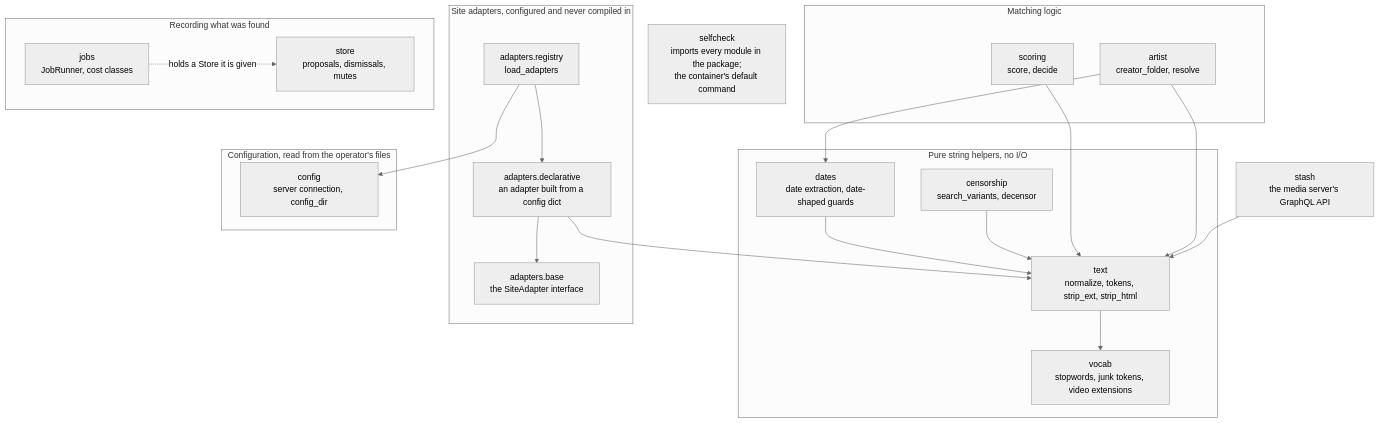
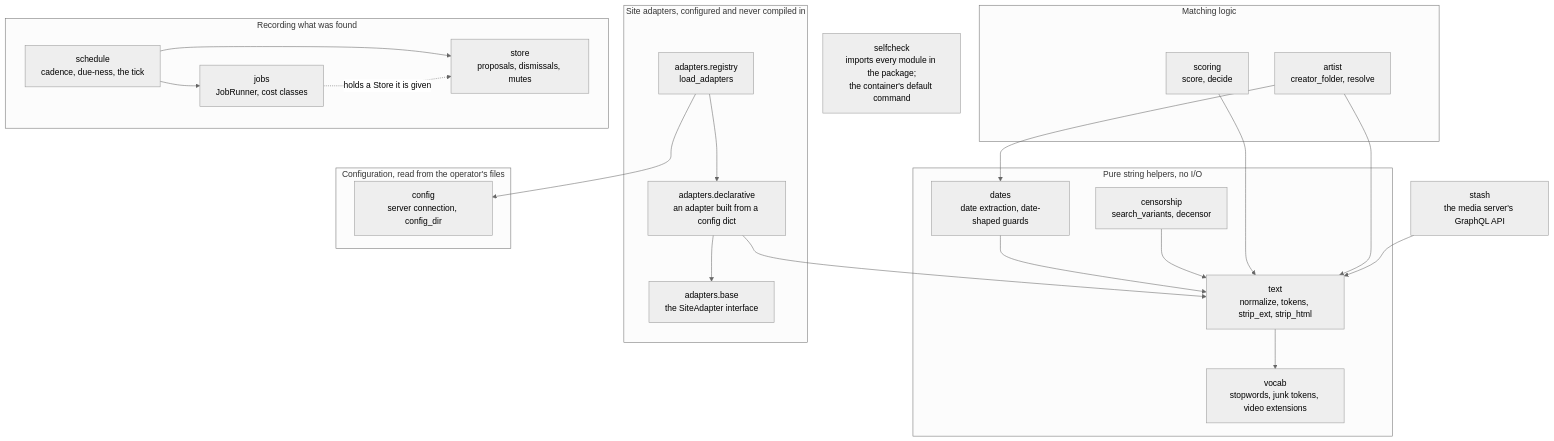
Before and after one commit to cabinetworks/cronicled: the diagram in README.md, drawn with Mermaid (neutral theme). The commit also changed other lines of this file and 2 other files, not shown here.

````diff
--- a/README.md
+++ b/README.md
@@ -45,46 +53,49 @@
 ```mermaid
 flowchart TD
     subgraph pure["Pure string helpers, no I/O"]
         vocab["vocab<br/>stopwords, junk tokens, video extensions"]
         text["text<br/>normalize, tokens, strip_ext, strip_html"]
         dates["dates<br/>date extraction, date-shaped guards"]
         censorship["censorship<br/>search_variants, decensor"]
     end
 
     subgraph matching["Matching logic"]
         scoring["scoring<br/>score, decide"]
         artist["artist<br/>creator_folder, resolve"]
     end
 
     subgraph adapters["Site adapters, configured and never compiled in"]
         base["adapters.base<br/>the SiteAdapter interface"]
         declarative["adapters.declarative<br/>an adapter built from a config dict"]
         registry["adapters.registry<br/>load_adapters"]
     end
 
     subgraph configuration["Configuration, read from the operator's files"]
         config["config<br/>server connection, config_dir"]
     end
 
     stash["stash<br/>the media server's GraphQL API"]
 
     subgraph recording["Recording what was found"]
         store["store<br/>proposals, dismissals, mutes"]
         jobs["jobs<br/>JobRunner, cost classes"]
+        schedule["schedule<br/>cadence, due-ness, the tick"]
     end
 
     selfcheck["selfcheck<br/>imports every module in the package;<br/>the container's default command"]
 
     text --> vocab
     dates --> text
     censorship --> text
     scoring --> text
     artist --> text
     artist --> dates
     declarative --> base
     declarative --> text
     registry --> declarative
     registry --> config
+    schedule --> jobs
+    schedule --> store
     stash --> text
     jobs -. "holds a Store it is given" .-> store
 ```
````
